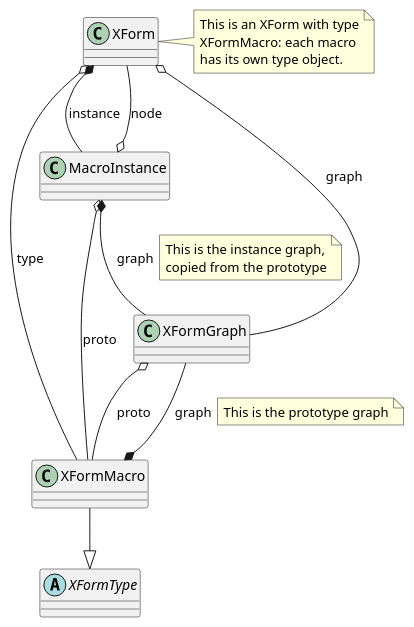
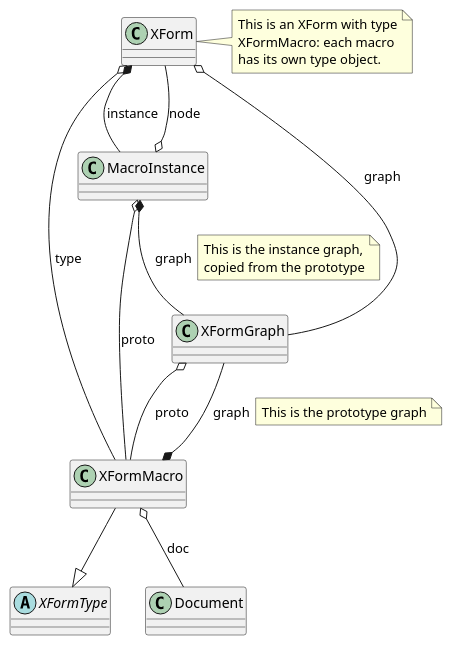
Before and after one commit to AU-ExoMars/PCOT: the diagram in docs/macros.plantuml, drawn with PlantUML. The commit also changed 8 other files, not shown here.

```diff
--- a/docs/macros.plantuml
+++ b/docs/macros.plantuml
@@ -1,33 +1,35 @@
 @startuml
 skinparam classAttributeIconSize 0
 
 abstract class XFormType {
 }
 
 MacroInstance o-- XFormMacro:proto
 XFormMacro --|> XFormType
 
 XFormGraph o-- XFormMacro:proto
 
 MacroInstance *-- XFormGraph:graph
 note right on link
 This is the instance graph,
 copied from the prototype
 end note
 MacroInstance o-- XForm:node
 
 XFormMacro *-- XFormGraph:graph
 note right on link
 This is the prototype graph
 end note
 
+XFormMacro o-- Document:doc
+
 XForm o-- XFormGraph:graph
 XForm *-- MacroInstance:instance
 XForm o-- XFormMacro:type
 note right of XForm
 This is an XForm with type
 XFormMacro: each macro
 has its own type object.
 end note
 
 @enduml
```
